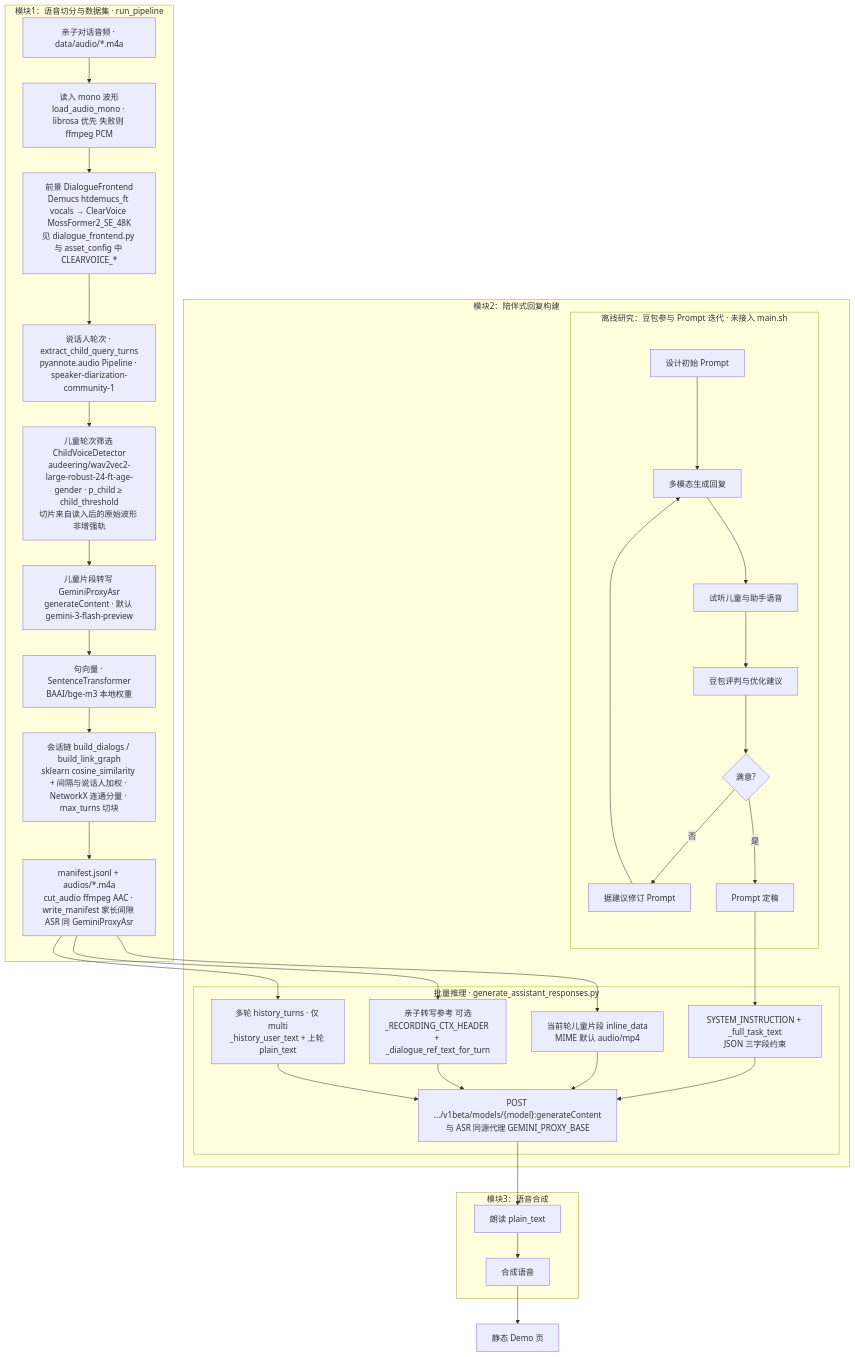
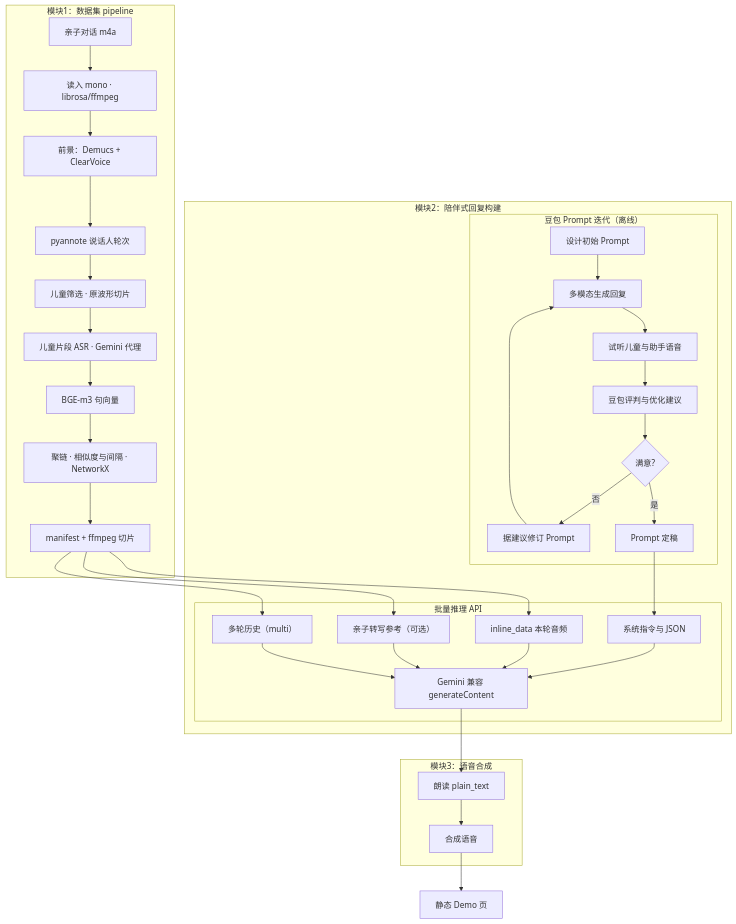
The diagram in README.md (auto-chao/Children-Companion-Scenario-Pipeline), drawn with Mermaid before and after one commit. The commit also changed other lines of this file, not shown here.

````diff
--- a/README.md
+++ b/README.md
@@ -126,48 +126,48 @@
 ```mermaid
 flowchart TB
-  subgraph mod_seg [模块1：语音切分与数据集 · run_pipeline]
-    s1["亲子对话音频 · data/audio/*.m4a"] --> m_load["读入 mono 波形<br/>load_audio_mono · librosa 优先 失败则 ffmpeg PCM"]
-    m_load --> m_fg["前景 DialogueFrontend<br/>Demucs htdemucs_ft vocals → ClearVoice MossFormer2_SE_48K<br/>见 dialogue_frontend.py 与 asset_config 中 CLEARVOICE_*"]
-    m_fg --> m_pya["说话人轮次 · extract_child_query_turns<br/>pyannote.audio Pipeline · speaker-diarization-community-1"]
-    m_pya --> m_child["儿童轮次筛选 ChildVoiceDetector<br/>audeering/wav2vec2-large-robust-24-ft-age-gender · p_child ≥ child_threshold<br/>切片来自读入后的原始波形 非增强轨"]
-    m_child --> m_asr["儿童片段转写 GeminiProxyAsr<br/>generateContent · 默认 gemini-3-flash-preview"]
-    m_asr --> m_bge["句向量 · SentenceTransformer<br/>BAAI/bge-m3 本地权重"]
-    m_bge --> m_link["会话链 build_dialogs / build_link_graph<br/>sklearn cosine_similarity + 间隔与说话人加权 · NetworkX 连通分量 · max_turns 切块"]
-    m_link --> s2["manifest.jsonl + audios/*.m4a<br/>cut_audio ffmpeg AAC · write_manifest 家长间隙 ASR 同 GeminiProxyAsr"]
+  subgraph mod_seg [模块1：数据集 pipeline]
+    s1[亲子对话 m4a] --> m_load[读入 mono · librosa/ffmpeg]
+    m_load --> m_fg[前景：Demucs + ClearVoice]
+    m_fg --> m_pya[pyannote 说话人轮次]
+    m_pya --> m_child[儿童筛选 · 原波形切片]
+    m_child --> m_asr[儿童片段 ASR · Gemini 代理]
+    m_asr --> m_bge[BGE-m3 句向量]
+    m_bge --> m_link[聚链 · 相似度与间隔 · NetworkX]
+    m_link --> s2[manifest + ffmpeg 切片]
   end
 
   subgraph mod_resp [模块2：陪伴式回复构建]
-    subgraph loop_doubao [离线研究：豆包参与 Prompt 迭代 · 未接入 main.sh]
+    subgraph loop_doubao [豆包 Prompt 迭代（离线）]
       r1[设计初始 Prompt] --> r2[多模态生成回复]
       r2 --> r3[试听儿童与助手语音]
       r3 --> r4[豆包评判与优化建议]
       r4 --> r5{满意?}
       r5 -->|否| r6[据建议修订 Prompt]
       r6 --> r2
       r5 -->|是| r7[Prompt 定稿]
     end
-    subgraph api_req [批量推理 · generate_assistant_responses.py]
-      i_audio["当前轮儿童片段 inline_data<br/>MIME 默认 audio/mp4"]
-      i_sys["SYSTEM_INSTRUCTION + _full_task_text<br/>JSON 三字段约束"]
-      i_rec["亲子转写参考 可选<br/>_RECORDING_CTX_HEADER + _dialogue_ref_text_for_turn"]
-      i_hist["多轮 history_turns · 仅 multi<br/>_history_user_text + 上轮 plain_text"]
-      r8["POST .../v1beta/models/{model}:generateContent<br/>与 ASR 同源代理 GEMINI_PROXY_BASE"]
+    subgraph api_req [批量推理 API]
+      i_audio[inline_data 本轮音频]
+      i_sys[系统指令与 JSON]
+      i_rec[亲子转写参考（可选）]
+      i_hist[多轮历史（multi）]
+      r8[Gemini 兼容 generateContent]
     end
     r7 --> i_sys
     i_sys --> r8
     s2 --> i_audio
     s2 --> i_rec
     s2 --> i_hist
     i_audio --> r8
     i_rec --> r8
     i_hist --> r8
   end
 
   subgraph mod_tts [模块3：语音合成]
     t1[朗读 plain_text] --> t2[合成语音]
   end
 
   r8 --> t1
   t2 --> d1[静态 Demo 页]
 
 ```
````
